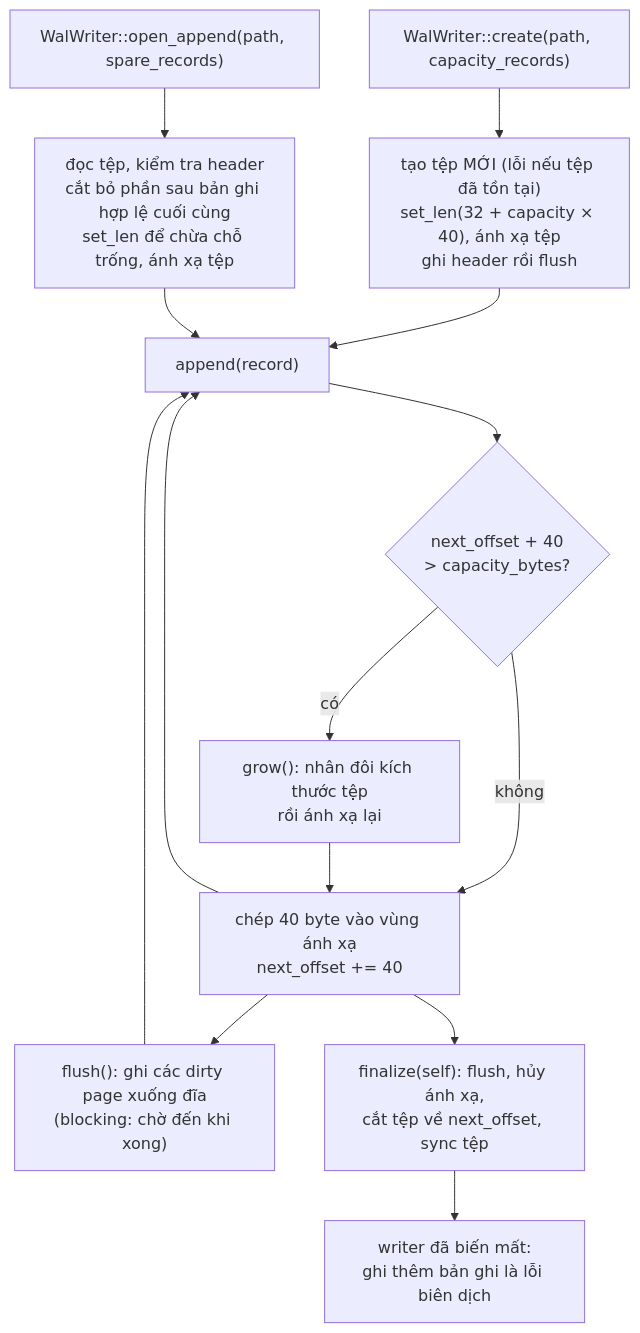
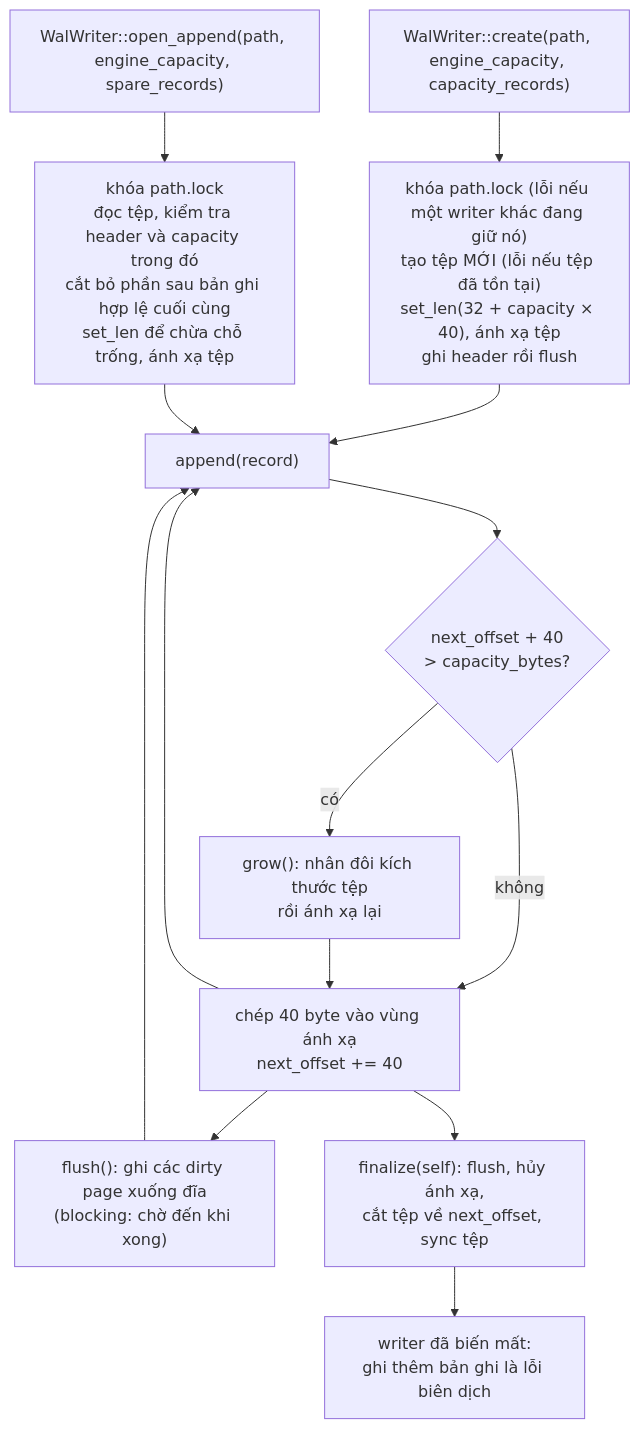
Before and after one commit to daohainam/rust-matching-engine: the diagram in docs/vi/09-write-ahead-log.md, drawn with Mermaid. The commit also changed other lines of this file, not shown here.

Commit message:
docs(vi): mirror chapter 9's format version 4, replay, writer lock and checkpoints

````diff
--- a/docs/vi/09-write-ahead-log.md
+++ b/docs/vi/09-write-ahead-log.md
@@ -203,16 +252,16 @@
 ```mermaid
 flowchart TD
-    A["WalWriter::create(path, capacity_records)"] --> B["tạo tệp MỚI (lỗi nếu tệp đã tồn tại)<br/>set_len(32 + capacity × 40), ánh xạ tệp<br/>ghi header rồi flush"]
-    O["WalWriter::open_append(path, spare_records)"] --> P["đọc tệp, kiểm tra header<br/>cắt bỏ phần sau bản ghi hợp lệ cuối cùng<br/>set_len để chừa chỗ trống, ánh xạ tệp"]
+    A["WalWriter::create(path, engine_capacity, capacity_records)"] --> B["khóa path.lock (lỗi nếu một writer khác đang giữ nó)<br/>tạo tệp MỚI (lỗi nếu tệp đã tồn tại)<br/>set_len(32 + capacity × 40), ánh xạ tệp<br/>ghi header rồi flush"]
+    O["WalWriter::open_append(path, engine_capacity, spare_records)"] --> P["khóa path.lock<br/>đọc tệp, kiểm tra header và capacity trong đó<br/>cắt bỏ phần sau bản ghi hợp lệ cuối cùng<br/>set_len để chừa chỗ trống, ánh xạ tệp"]
     B --> C["append(record)"]
     P --> C
     C --> D{"next_offset + 40<br/>> capacity_bytes?"}
     D -- không --> E["chép 40 byte vào vùng ánh xạ<br/>next_offset += 40"]
     D -- có --> F["grow(): nhân đôi kích thước tệp<br/>rồi ánh xạ lại"]
     F --> E
     E --> C
     E --> G["flush(): ghi các dirty page xuống đĩa<br/>(blocking: chờ đến khi xong)"]
     G --> C
     E --> H["finalize(self): flush, hủy ánh xạ,<br/>cắt tệp về next_offset, sync tệp"]
     H --> I["writer đã biến mất:<br/>ghi thêm bản ghi là lỗi biên dịch"]
 ```
````
